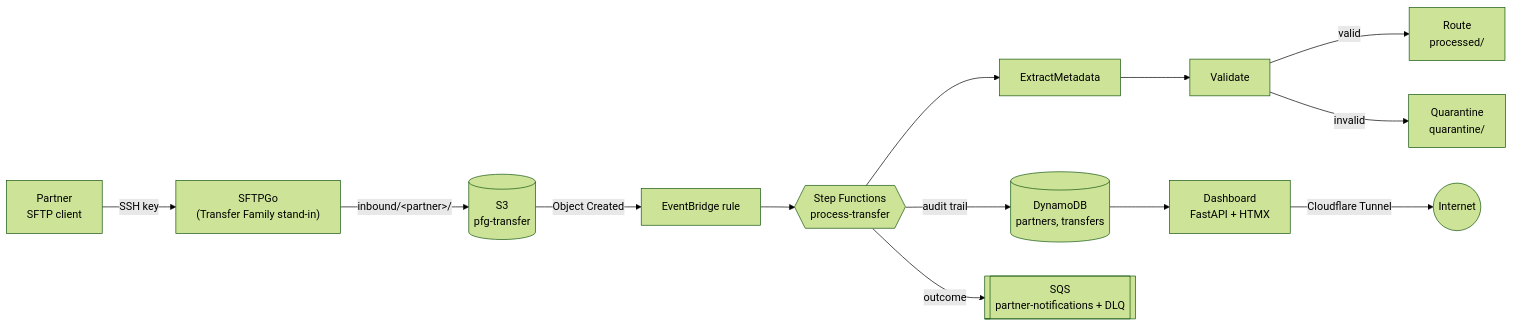
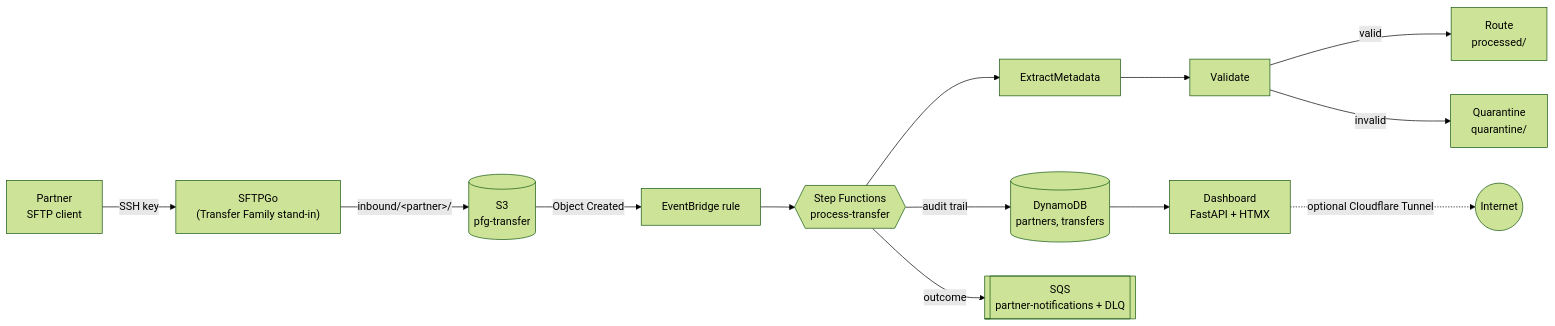
Before and after one commit to andrea-claro/partner-file-gateway: the diagram in README.md, drawn with Mermaid (forest theme). The commit also changed other lines of this file and 7 other files, not shown here.

````diff
--- a/README.md
+++ b/README.md
@@ -59,14 +57,14 @@
 ```mermaid
 flowchart LR
     P[Partner<br/>SFTP client] -- "SSH key" --> T["SFTPGo<br/>(Transfer Family stand-in)"]
     T -- "inbound/&lt;partner&gt;/" --> S3[(S3<br/>pfg-transfer)]
     S3 -- "Object Created" --> EB[EventBridge rule]
     EB --> SFN{{"Step Functions<br/>process-transfer"}}
     SFN --> L1[ExtractMetadata] --> L2[Validate]
     L2 -- valid --> L3[Route<br/>processed/]
     L2 -- invalid --> L4[Quarantine<br/>quarantine/]
     SFN -- "audit trail" --> DDB[(DynamoDB<br/>partners, transfers)]
     SFN -- "outcome" --> SQS[[SQS<br/>partner-notifications + DLQ]]
     DDB --> D[Dashboard<br/>FastAPI + HTMX]
-    D -- "Cloudflare Tunnel" --> W((Internet))
+    D -. "optional Cloudflare Tunnel" .-> W((Internet))
 ```
````
